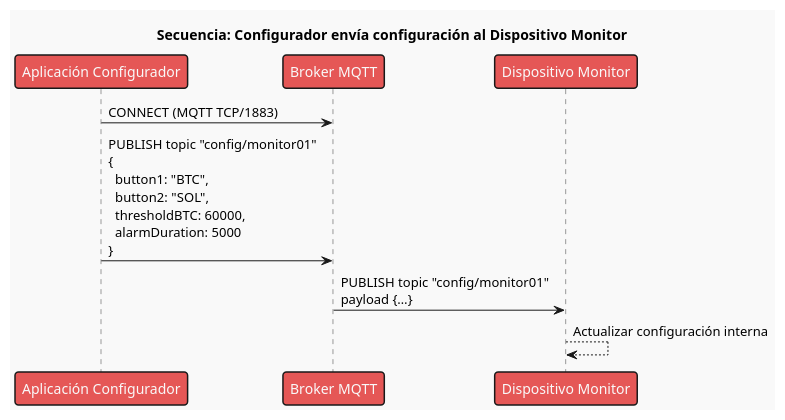
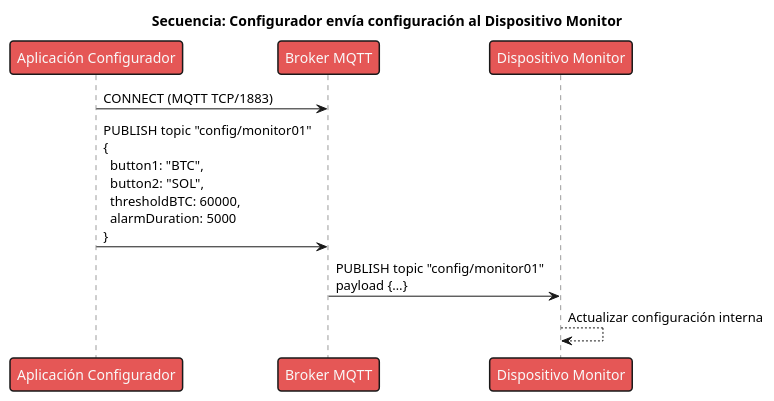
Before and after one commit to Samu-Kiss/UNI-25-01-MQTT_Tracker: the diagram in DIAGRAMAS/Diagrama de Secuencia - Configurador.puml, drawn with PlantUML. The commit also changed 9 other files, not shown here.

Commit message:
[Chore] Minor diagram styling

```diff
--- a/DIAGRAMAS/Diagrama de Secuencia - Configurador.puml
+++ b/DIAGRAMAS/Diagrama de Secuencia - Configurador.puml
@@ -1,15 +1,16 @@
 @startuml Secuencia_Configuracion_Remota
 title Secuencia: Configurador envía configuración al Dispositivo Monitor
 
 !theme mars
+skinparam backgroundColor #FFFFFF
 
 participant "Aplicación Configurador" as Config
 participant "Broker MQTT"             as Broker
 participant "Dispositivo Monitor"     as Monitor
 
 Config -> Broker : CONNECT (MQTT TCP/1883)
 Config -> Broker : PUBLISH topic "config/monitor01"\n{\n  button1: "BTC",\n  button2: "SOL",\n  thresholdBTC: 60000,\n  alarmDuration: 5000\n}
 
 Broker -> Monitor: PUBLISH topic "config/monitor01"\npayload {…}
 Monitor --> Monitor: Actualizar configuración interna
 @enduml
```
